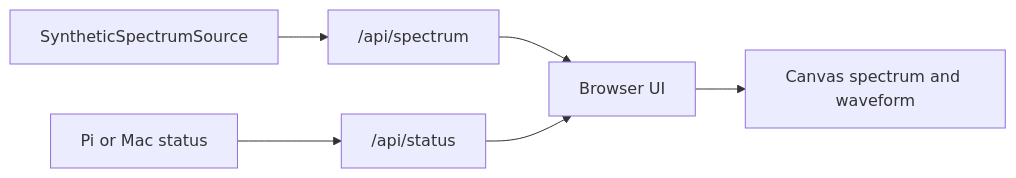
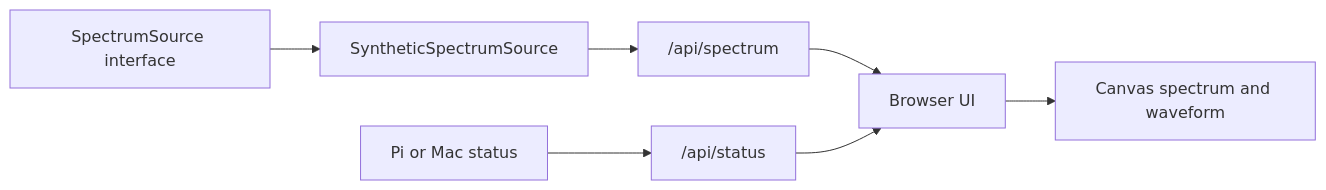
The diagram in apps/observatory_web/README.md (lucas-bernat/signalobservatory), drawn with Mermaid before and after one commit. The commit also changed other lines of this file and 6 other files, not shown here.

Commit message:
Add spectrum source interface

````diff
--- a/apps/observatory_web/README.md
+++ b/apps/observatory_web/README.md
@@ -13,8 +13,9 @@
 ```mermaid
 flowchart LR
-    A["SyntheticSpectrumSource"] --> B["/api/spectrum"]
-    C["Pi or Mac status"] --> D["/api/status"]
-    B --> E["Browser UI"]
-    D --> E
-    E --> F["Canvas spectrum and waveform"]
+    A["SpectrumSource interface"] --> B["SyntheticSpectrumSource"]
+    B --> C["/api/spectrum"]
+    D["Pi or Mac status"] --> E["/api/status"]
+    C --> F["Browser UI"]
+    E --> F
+    F --> G["Canvas spectrum and waveform"]
 ```
````
